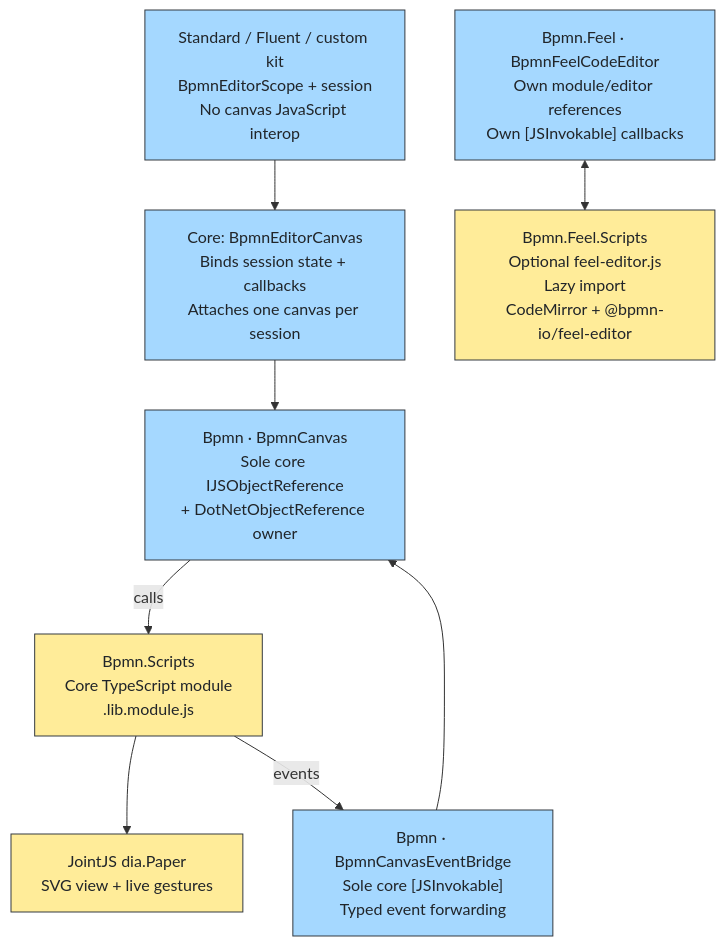
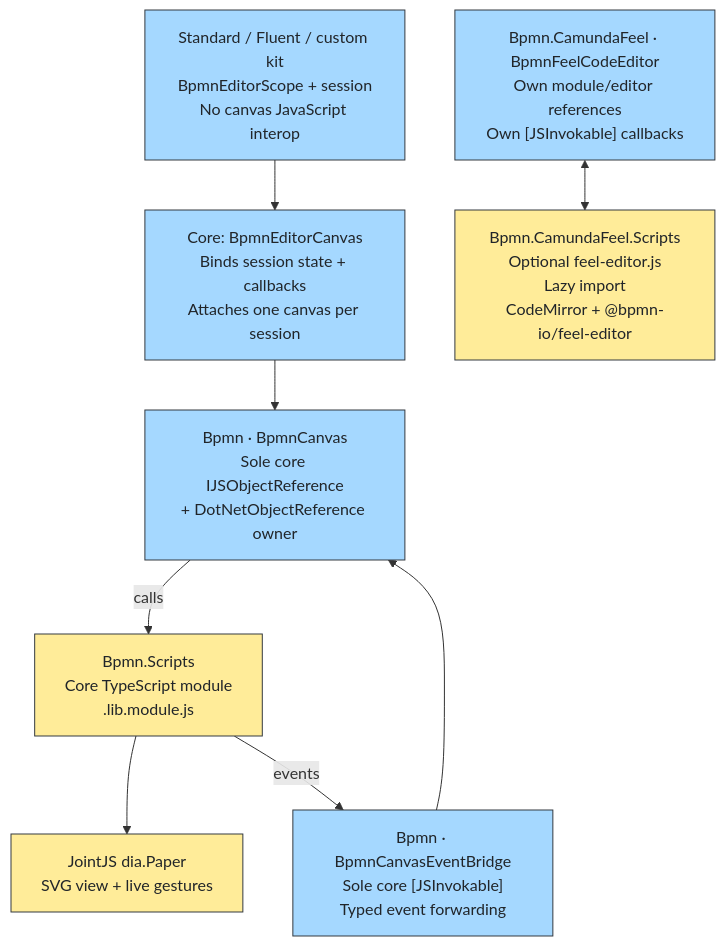
The diagram in assets/diagrams/interop.mmd (miguelhasse/BlazorBpmnEditor), drawn with Mermaid before and after one commit. The commit also changed 89 other files, not shown here.

First line of the commit message:
Add FeelSharp and rename CamundaFeel package

```diff
--- a/assets/diagrams/interop.mmd
+++ b/assets/diagrams/interop.mmd
@@ -1,24 +1,24 @@
 %% Interop boundaries
-%% Canvas-only ownership rule applies to core Bpmn, not optional Bpmn.Feel.
+%% Canvas-only ownership rule applies to core Bpmn, not optional Bpmn.CamundaFeel.
 %% Core import: _content/Hasseware.AspNetCore.Components.Bpmn/Hasseware.AspNetCore.Components.Bpmn.lib.module.js
-%% FEEL import: _content/Hasseware.AspNetCore.Components.Bpmn.Feel/feel-editor.js
+%% FEEL import: _content/Hasseware.AspNetCore.Components.Bpmn.CamundaFeel/feel-editor.js
 flowchart TB
     editor["Standard / Fluent / custom kit<br/>BpmnEditorScope + session<br/>No canvas JavaScript interop"]:::cs
     adapter["Core: BpmnEditorCanvas<br/>Binds session state + callbacks<br/>Attaches one canvas per session"]:::cs
     canvas["Bpmn · BpmnCanvas<br/>Sole core IJSObjectReference<br/>+ DotNetObjectReference owner"]:::cs
     module["Bpmn.Scripts<br/>Core TypeScript module<br/>.lib.module.js"]:::js
     paper["JointJS dia.Paper<br/>SVG view + live gestures"]:::js
     bridge["Bpmn · BpmnCanvasEventBridge<br/>Sole core [JSInvokable]<br/>Typed event forwarding"]:::cs
-    feel["Bpmn.Feel · BpmnFeelCodeEditor<br/>Own module/editor references<br/>Own [JSInvokable] callbacks"]:::cs
-    fmodule["Bpmn.Feel.Scripts<br/>Optional feel-editor.js<br/>Lazy import<br/>CodeMirror + @bpmn-io/feel-editor"]:::js
+    feel["Bpmn.CamundaFeel · BpmnFeelCodeEditor<br/>Own module/editor references<br/>Own [JSInvokable] callbacks"]:::cs
+    fmodule["Bpmn.CamundaFeel.Scripts<br/>Optional feel-editor.js<br/>Lazy import<br/>CodeMirror + @bpmn-io/feel-editor"]:::js
     editor --> adapter
     adapter --> canvas
     canvas -->|"calls"| module
     module --> paper
     module -->|"events"| bridge
     bridge --> canvas
     feel <--> fmodule
     classDef cs fill:#a5d8ff,stroke:#343a40,color:#212529
     classDef js fill:#ffec99,stroke:#343a40,color:#212529
     classDef data fill:#b2f2bb,stroke:#343a40,color:#212529
     classDef test fill:#e9ecef,stroke:#343a40,color:#212529
```
